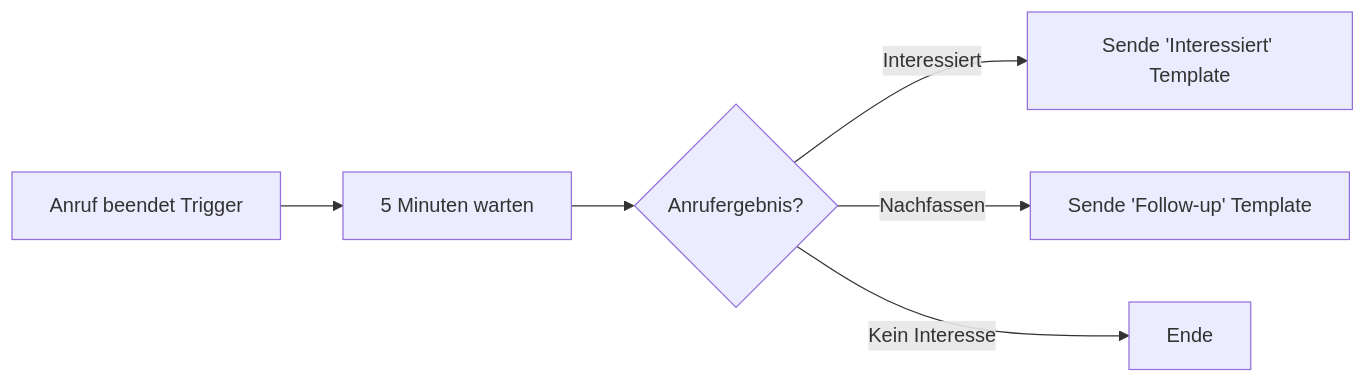
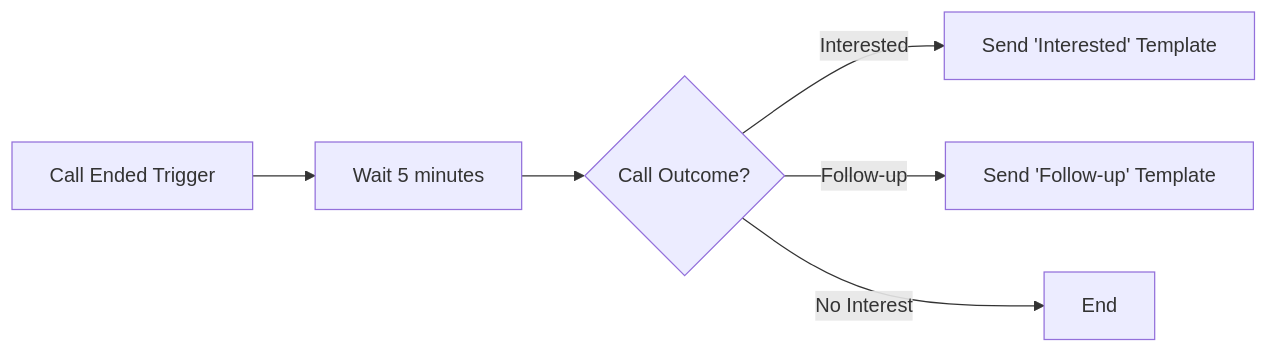
Before and after one commit to bekgroup/Famulor-docs-de: the first of 3 diagrams in en/whatsapp/automation.mdx, drawn with Mermaid. The commit also changed other lines of this file and 11 other files, not shown here.

````diff
--- a/en/whatsapp/automation.mdx
+++ b/en/whatsapp/automation.mdx
@@ -128,8 +127,8 @@
 ```mermaid  theme={null}
 flowchart LR
-    A[Anruf beendet Trigger] --> B[5 Minuten warten]
-    B --> C{Anrufergebnis?}
-    C -->|Interessiert| D[Sende 'Interessiert' Template]
-    C -->|Nachfassen| E[Sende 'Follow-up' Template]
-    C -->|Kein Interesse| F[Ende]
+    A[Call Ended Trigger] --> B[Wait 5 minutes]
+    B --> C{Call Outcome?}
+    C -->|Interested| D[Send 'Interested' Template]
+    C -->|Follow-up| E[Send 'Follow-up' Template]
+    C -->|No Interest| F[End]
 ```
````
